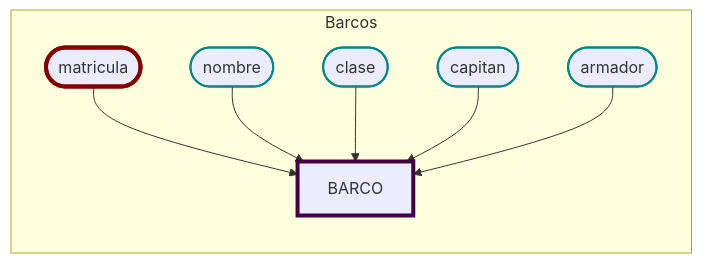
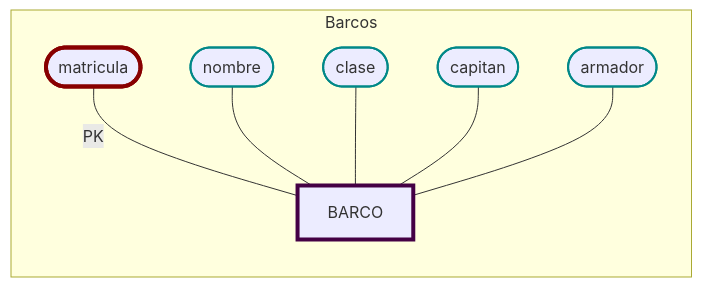
Before and after one commit to JulTob/Data: the third of 13 diagrams in DataBases/lonja_DB.md, drawn with Mermaid. The commit also changed other lines of this file, not shown here.

````diff
--- a/DataBases/lonja_DB.md
+++ b/DataBases/lonja_DB.md
@@ -95,16 +95,16 @@
 ```mermaid
 flowchart LR   
   classDef atributo stroke:#088,stroke-width:2px;
   classDef pk stroke:#800,stroke-width:4px;
   classDef entidad stroke:#404,stroke-width:4px;
 
   %% Atributos BARCO
   subgraph Barcos
   Barco[BARCO]:::entidad
-  matricula([matricula]):::pk --> Barco
-  nombre([nombre]):::atributo --> Barco
-  clase([clase]):::atributo --> Barco
-  capitan([capitan]):::atributo --> Barco
-  armador([armador]):::atributo --> Barco
+  matricula([matricula]):::pk ---|PK| Barco
+  nombre([nombre]):::atributo --- Barco
+  clase([clase]):::atributo --- Barco
+  capitan([capitan]):::atributo --- Barco
+  armador([armador]):::atributo --- Barco
   end
 ```
````
